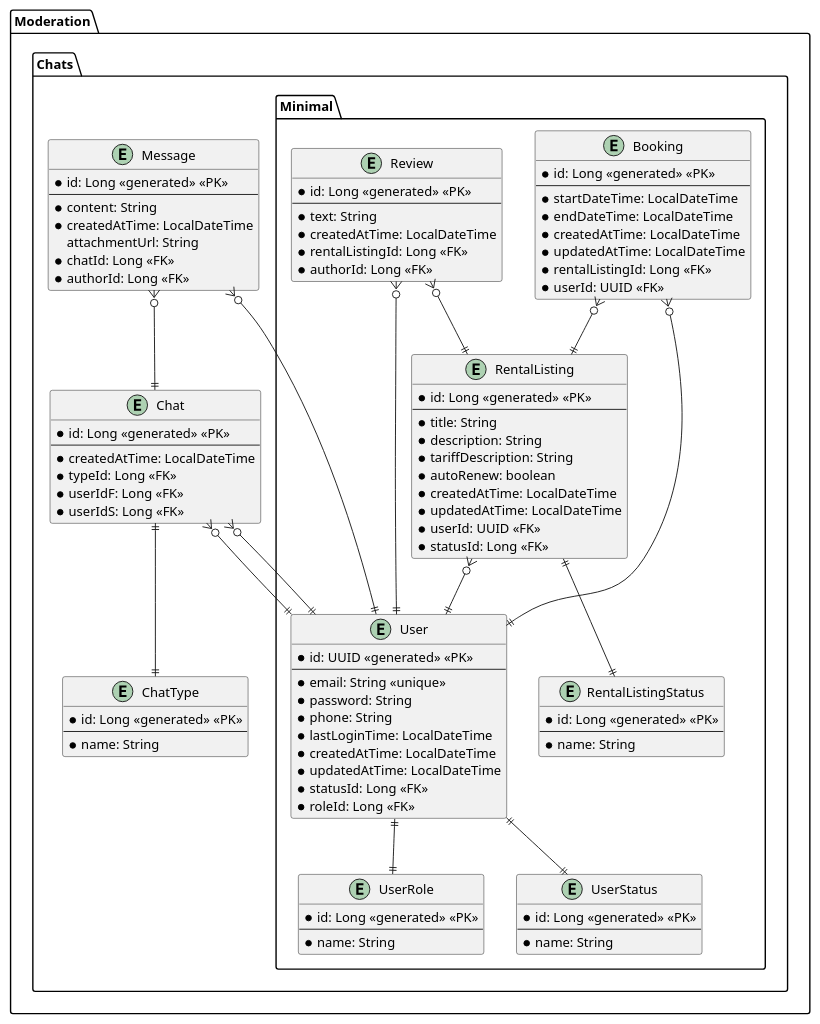
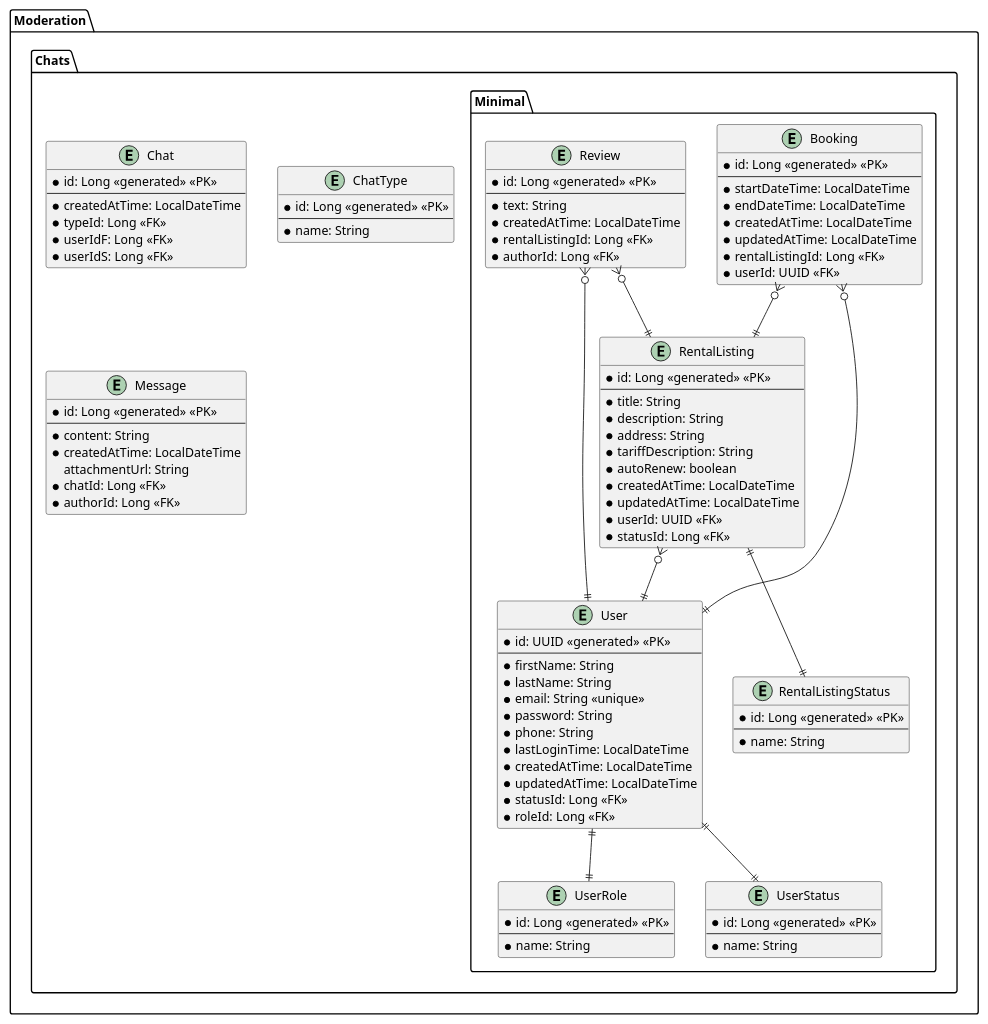
One commit to ruska112x/rentify-diploma changed the diagram in misc/database.puml. Above: the diagram before and after it, drawn with PlantUML.

Commit message:
feat: add some fields to entities, comment relations with Chats entities

```diff
--- a/misc/database.puml
+++ b/misc/database.puml
@@ -1,129 +1,132 @@
 @startuml database
 allow_mixing
 
 scale max 1920 width
 scale max 1080 height
 
 left to right direction
 top to bottom direction
 
 
 package "Moderation" {
   package "Chats" {
     package "Minimal" {
       entity "User" as user {
         * id: UUID <<generated>> <<PK>>
         ---
+        * firstName: String
+        * lastName: String
         * email: String <<unique>>
         * password: String
         * phone: String
         * lastLoginTime: LocalDateTime
         * createdAtTime: LocalDateTime
         * updatedAtTime: LocalDateTime
         * statusId: Long <<FK>>
         * roleId: Long <<FK>>
       }
 
       ' USER, ADMIN, MODERATOR
       entity "UserRole" as userRole {
         * id: Long <<generated>> <<PK>>
         ---
         * name: String
       }
 
       ' ACTIVE, BLOCKED, DELETED
       entity "UserStatus" as userStatus {
         * id: Long <<generated>> <<PK>>
         ---
         * name: String
       }
 
       entity "RentalListing" as rentalListing {
         * id: Long <<generated>> <<PK>>
         ---
         * title: String
         * description: String
+        * address: String
         * tariffDescription: String
         * autoRenew: boolean
         * createdAtTime: LocalDateTime
         * updatedAtTime: LocalDateTime
         * userId: UUID <<FK>>
         * statusId: Long <<FK>>
       }
 
       ' ACTIVE, BLOCKED, ONDELETION, DELETED
       entity "RentalListingStatus" as rentalListingStatus {
         * id: Long <<generated>> <<PK>>
         ---
         * name: String
       }
 
       entity "Booking" as booking {
         * id: Long <<generated>> <<PK>>
         ---
         * startDateTime: LocalDateTime
         * endDateTime: LocalDateTime
         * createdAtTime: LocalDateTime
         * updatedAtTime: LocalDateTime
         * rentalListingId: Long <<FK>>
         * userId: UUID <<FK>>
       }
 
       entity "Review" as review {
         * id: Long <<generated>> <<PK>>
         ---
         * text: String
         * createdAtTime: LocalDateTime
         * rentalListingId: Long <<FK>>
         * authorId: Long <<FK>>
       }
 
       user ||--|| userRole
       user ||--|| userStatus
 
       rentalListing }o--|| user
       rentalListing ||--|| rentalListingStatus
 
       booking }o--|| rentalListing
       booking }o--|| user
 
       review }o--|| user
       review }o--|| rentalListing
     }
 
     entity "Chat" as chat {
       * id: Long <<generated>> <<PK>>
       ---
       * createdAtTime: LocalDateTime
       * typeId: Long <<FK>>
       * userIdF: Long <<FK>>
       * userIdS: Long <<FK>>
     }
 
     entity "ChatType" as chatType {
       * id: Long <<generated>> <<PK>>
       ---
       * name: String
     }
 
     entity "Message" as message {
       * id: Long <<generated>> <<PK>>
       ---
       * content: String
       * createdAtTime: LocalDateTime
       attachmentUrl: String
       * chatId: Long <<FK>>
       * authorId: Long <<FK>>
     }
 
-    chat }o--|| user
-    chat }o--|| user
-    chat ||--|| chatType
+    ' chat }o--|| user
+    ' chat }o--|| user
+    ' chat ||--|| chatType
 
-    message }o--|| chat
-    message }o--|| user
+    ' message }o--|| chat
+    ' message }o--|| user
   }
 }
 
 
 @enduml
```
